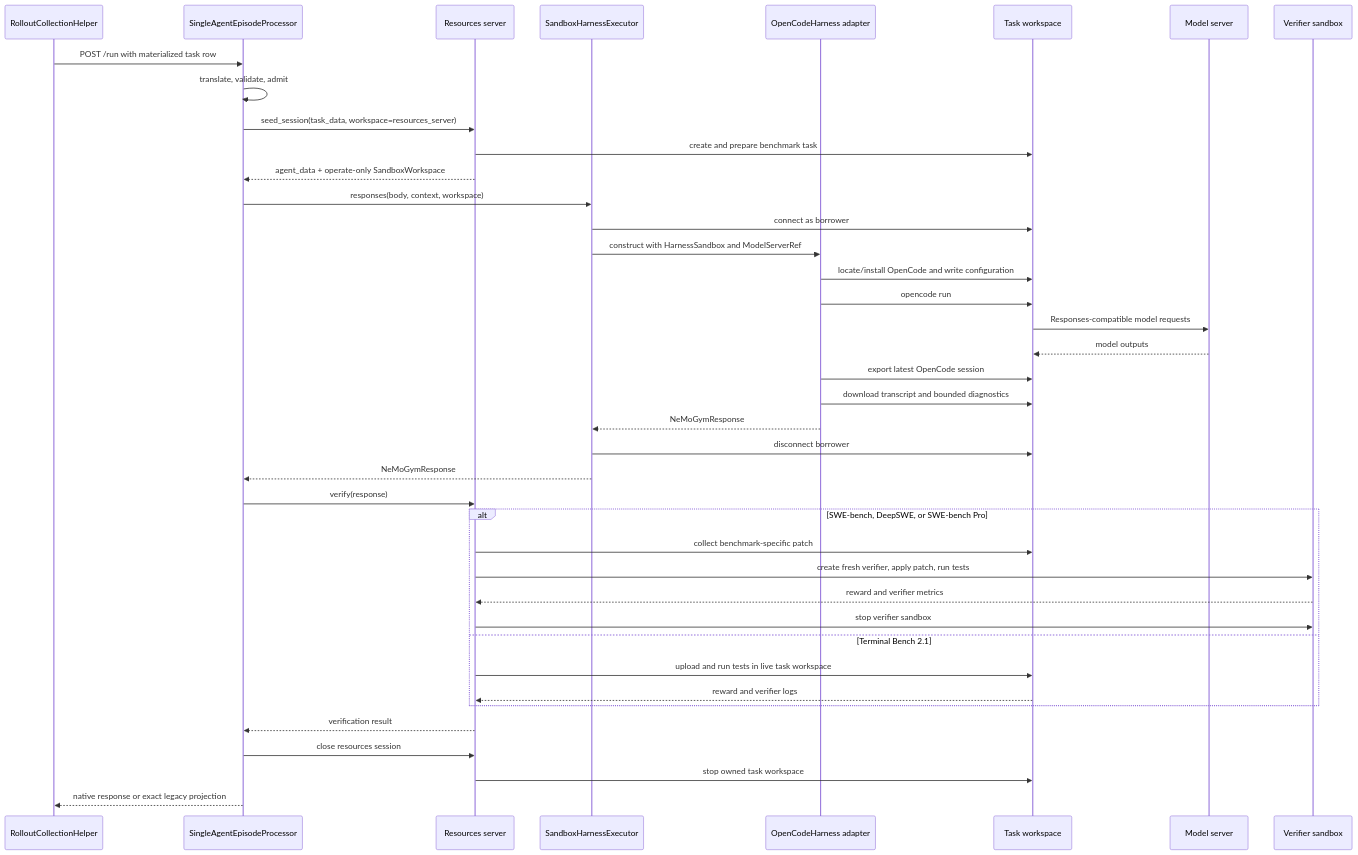
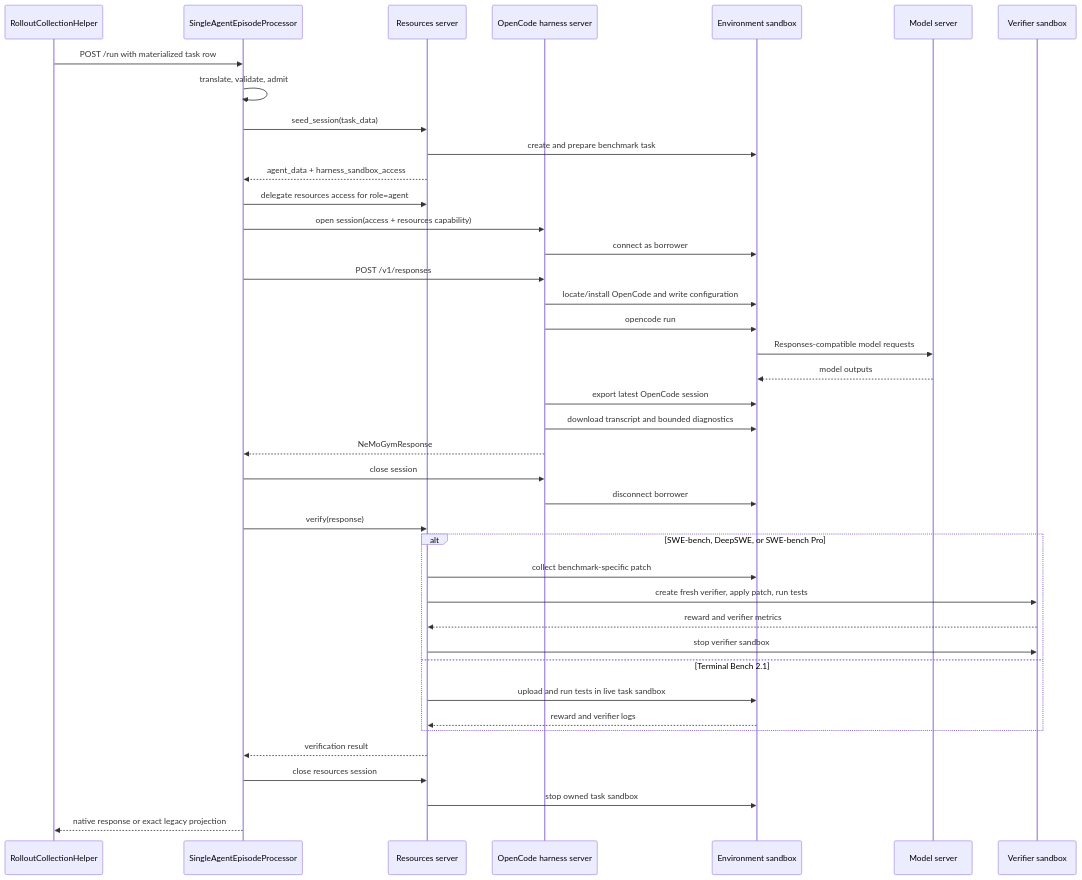
The second of 3 diagrams in investigations/episode-orchestration-design.md (ananthsub/Gym), drawn with Mermaid before and after one commit. The commit also changed other lines of this file and 3 other files, not shown here.

````diff
--- a/investigations/episode-orchestration-design.md
+++ b/investigations/episode-orchestration-design.md
@@ -1751,43 +1435,43 @@
 ```mermaid
 sequenceDiagram
     participant C as RolloutCollectionHelper
     participant P as SingleAgentEpisodeProcessor
     participant R as Resources server
-    participant X as SandboxHarnessExecutor
-    participant H as OpenCodeHarness adapter
-    participant TW as Task workspace
+    participant H as OpenCode harness server
+    participant TW as Environment sandbox
     participant M as Model server
     participant VW as Verifier sandbox
 
     C->>P: POST /run with materialized task row
     P->>P: translate, validate, admit
-    P->>R: seed_session(task_data, workspace=resources_server)
+    P->>R: seed_session(task_data)
     R->>TW: create and prepare benchmark task
-    R-->>P: agent_data + operate-only SandboxWorkspace
-    P->>X: responses(body, context, workspace)
-    X->>TW: connect as borrower
-    X->>H: construct with HarnessSandbox and ModelServerRef
+    R-->>P: agent_data + harness_sandbox_access
+    P->>R: delegate resources access for role=agent
+    P->>H: open session(access + resources capability)
+    H->>TW: connect as borrower
+    P->>H: POST /v1/responses
     H->>TW: locate/install OpenCode and write configuration
     H->>TW: opencode run
     TW->>M: Responses-compatible model requests
     M-->>TW: model outputs
     H->>TW: export latest OpenCode session
     H->>TW: download transcript and bounded diagnostics
-    H-->>X: NeMoGymResponse
-    X->>TW: disconnect borrower
-    X-->>P: NeMoGymResponse
+    H-->>P: NeMoGymResponse
+    P->>H: close session
+    H->>TW: disconnect borrower
     P->>R: verify(response)
     alt SWE-bench, DeepSWE, or SWE-bench Pro
         R->>TW: collect benchmark-specific patch
         R->>VW: create fresh verifier, apply patch, run tests
         VW-->>R: reward and verifier metrics
         R->>VW: stop verifier sandbox
     else Terminal Bench 2.1
-        R->>TW: upload and run tests in live task workspace
+        R->>TW: upload and run tests in live task sandbox
         TW-->>R: reward and verifier logs
     end
     R-->>P: verification result
     P->>R: close resources session
-    R->>TW: stop owned task workspace
+    R->>TW: stop owned task sandbox
     P-->>C: native response or exact legacy projection
 ```
````
